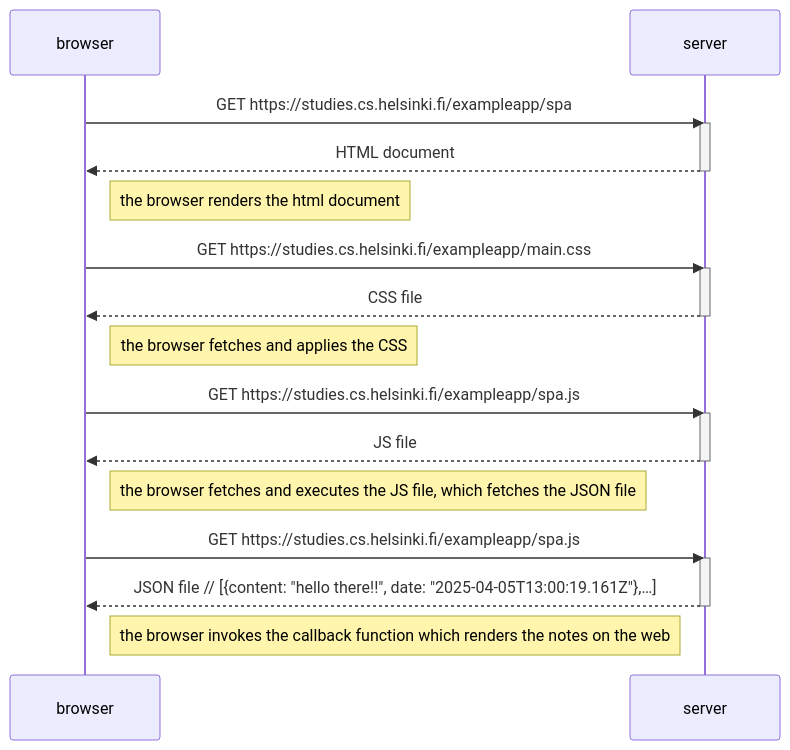
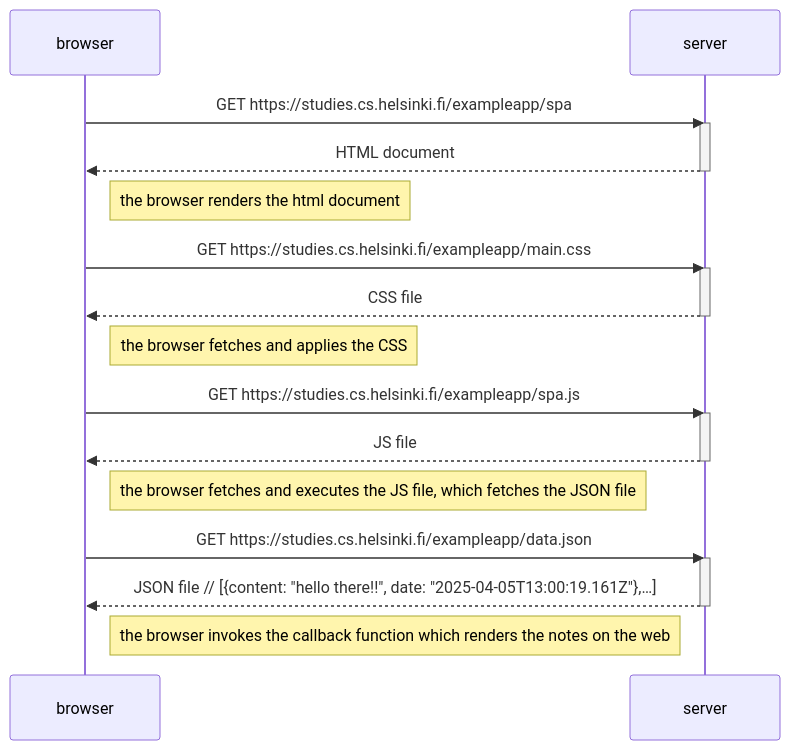
Before and after one commit to cruzrafaelx/fullstack-open: the diagram in part-0/exercicse-0.5.md, drawn with Mermaid.

````diff
--- a/part-0/exercicse-0.5.md
+++ b/part-0/exercicse-0.5.md
@@ -1,35 +1,35 @@
 ```mermaid
 sequenceDiagram
     participant browser
     participant server
 
   browser->>server: GET https://studies.cs.helsinki.fi/exampleapp/spa
     activate server
     server-->>browser: HTML document
     deactivate server
 
   note right of browser: the browser renders the html document
 
   browser->>server: GET https://studies.cs.helsinki.fi/exampleapp/main.css
     activate server
     server-->>browser: CSS file
     deactivate server
 
    note right of browser: the browser fetches and applies the CSS
 
   browser->>server: GET https://studies.cs.helsinki.fi/exampleapp/spa.js
     activate server
     server-->>browser: JS file
     deactivate server
 
    note right of browser: the browser fetches and executes the JS file, which fetches the JSON file
 
-  browser->>server: GET https://studies.cs.helsinki.fi/exampleapp/spa.js
+  browser->>server: GET https://studies.cs.helsinki.fi/exampleapp/data.json
     activate server
     server-->>browser: JSON file // [{content: "hello there!!", date: "2025-04-05T13:00:19.161Z"},…]
     deactivate server
 
    note right of browser: the browser invokes the callback function which renders the notes on the web
   
   
 ```
````
